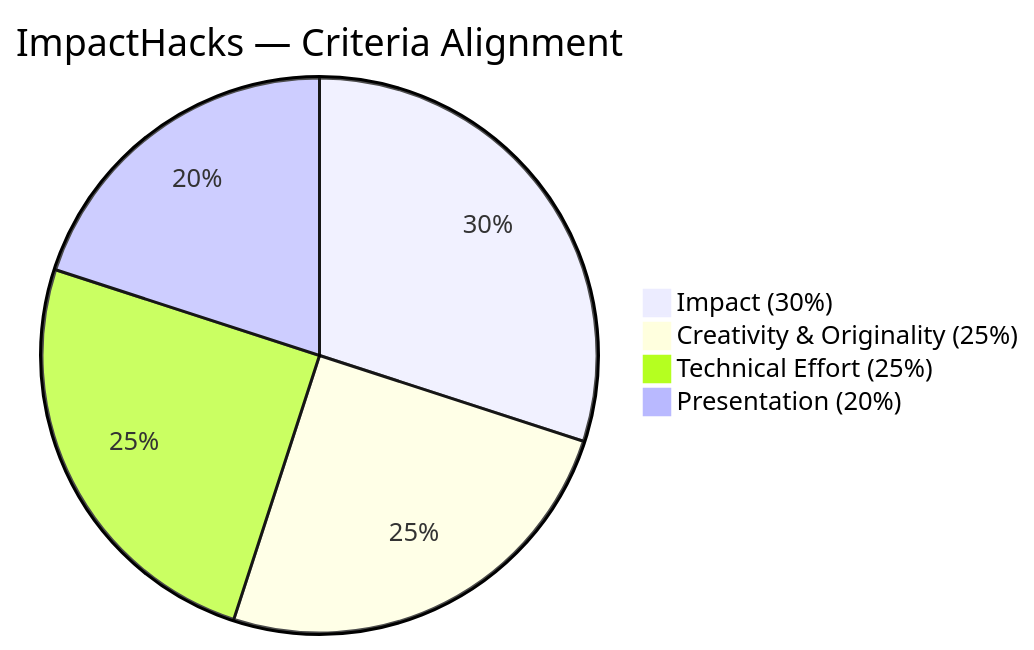
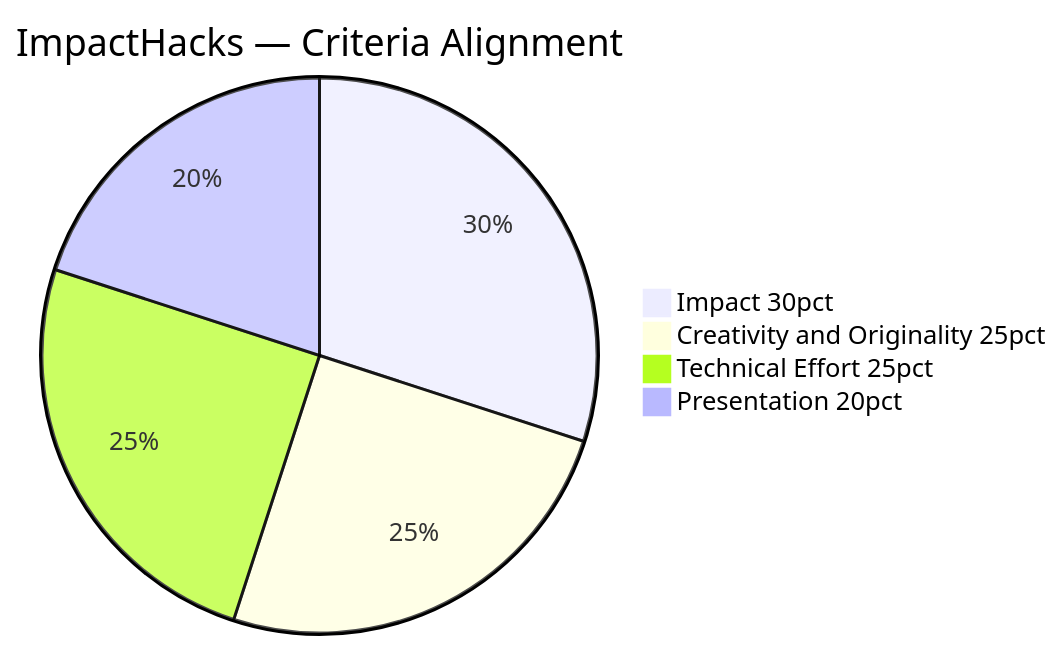
Before and after one commit to Iceman-Dann/UnDenied: diagram 12 of 13 in README.md, drawn with Mermaid. The commit also changed other lines of this file, not shown here.

````diff
--- a/README.md
+++ b/README.md
@@ -347,7 +343,7 @@
 ```mermaid
 pie title ImpactHacks — Criteria Alignment
-    "Impact (30%)" : 30
-    "Creativity & Originality (25%)" : 25
-    "Technical Effort (25%)" : 25
-    "Presentation (20%)" : 20
+    "Impact 30pct" : 30
+    "Creativity and Originality 25pct" : 25
+    "Technical Effort 25pct" : 25
+    "Presentation 20pct" : 20
 ```
````
